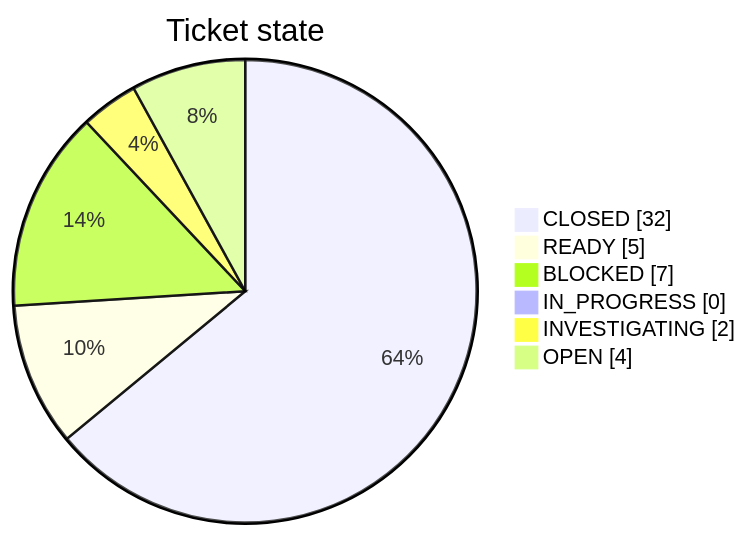
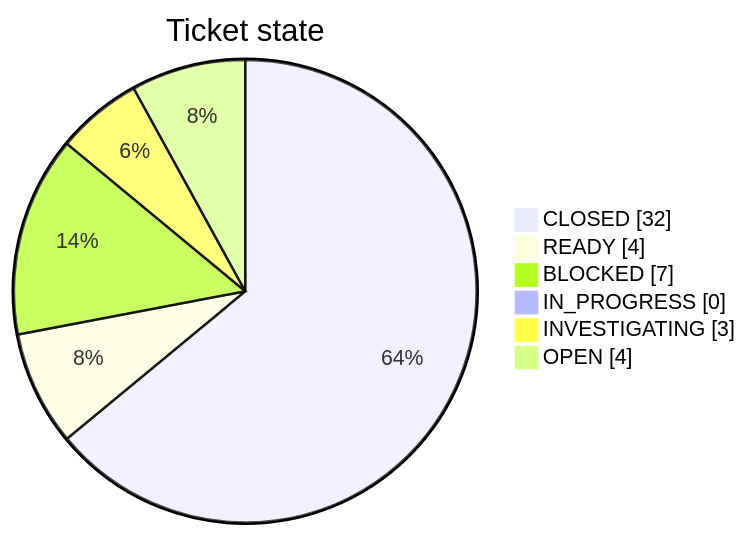
The first of 2 diagrams in docs/restoration/ISSUE_LEDGER.md (TECHSCHOLAR777/SINGLE-CHANNEL-SPEECH-SEPARATION-PROJECT), drawn with Mermaid before and after one commit. The commit also changed other lines of this file, not shown here.

````diff
--- a/docs/restoration/ISSUE_LEDGER.md
+++ b/docs/restoration/ISSUE_LEDGER.md
@@ -92,10 +92,10 @@
 ```mermaid
 pie showData
     title Ticket state
     "CLOSED" : 32
-    "READY" : 5
+    "READY" : 4
     "BLOCKED" : 7
     "IN_PROGRESS" : 0
-    "INVESTIGATING" : 2
+    "INVESTIGATING" : 3
     "OPEN" : 4
 ```
````
